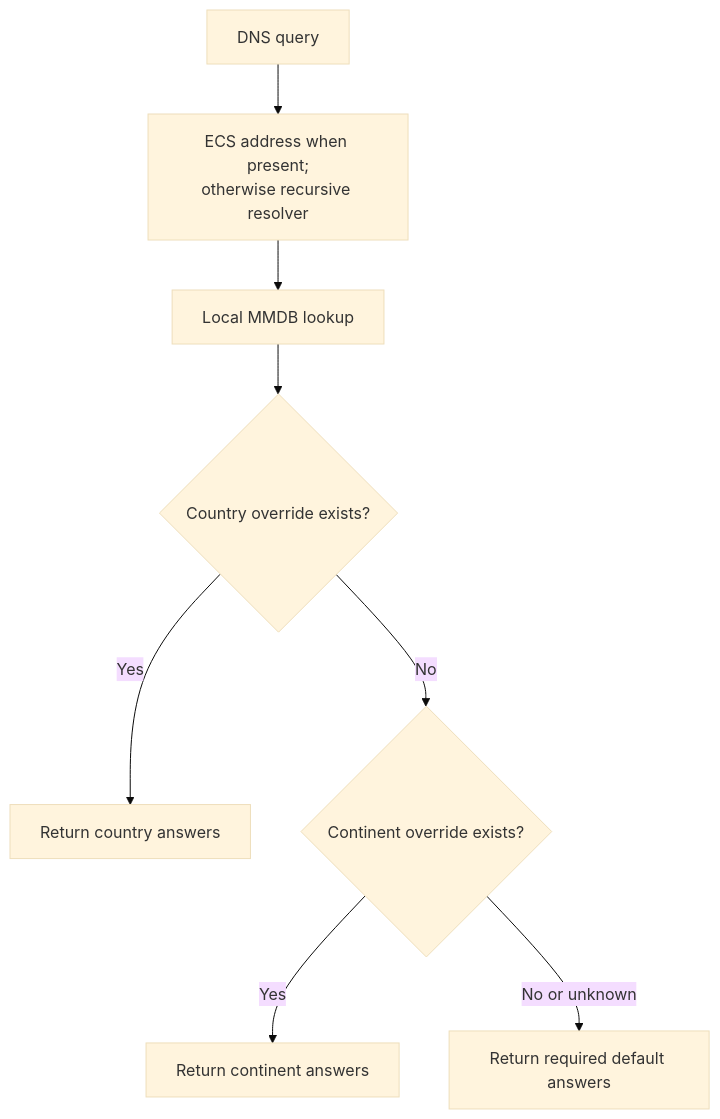
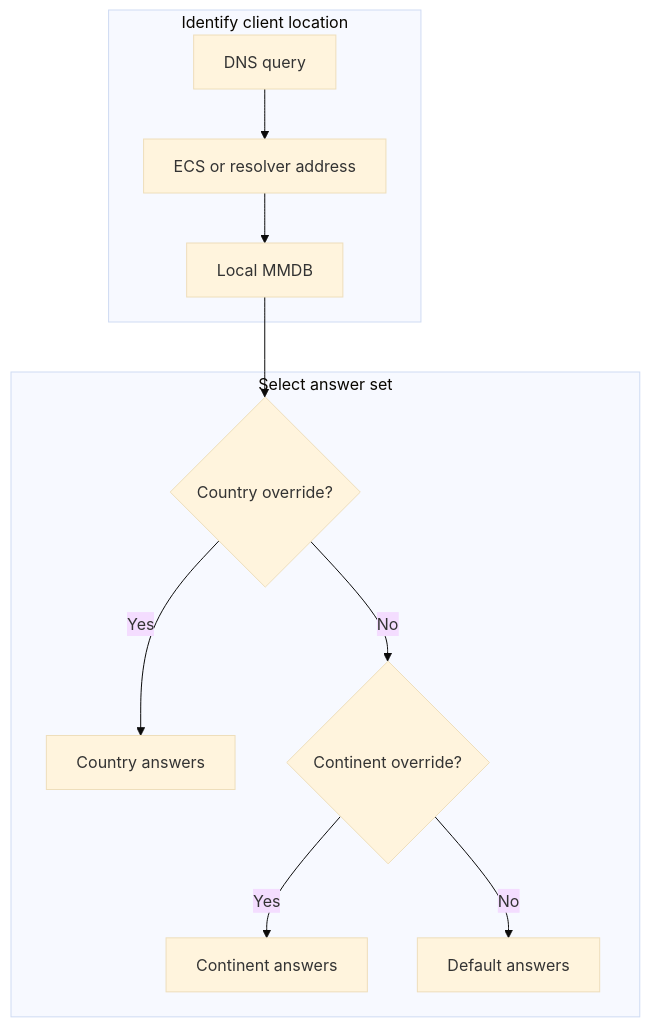
One commit to vaheed/CDNFoundry changed the diagram in docs/guides/geo-dns.md. Above: the diagram before and after it, drawn with Mermaid (base theme). The commit also changed 24 other files, not shown here.

````diff
--- a/docs/guides/geo-dns.md
+++ b/docs/guides/geo-dns.md
@@ -26,10 +26,13 @@
 ```mermaid
 flowchart TD
-    Query["DNS query"] --> Address["ECS address when present;<br>otherwise recursive resolver"]
-    Address --> Lookup["Local MMDB lookup"]
-    Lookup --> Country{"Country override exists?"}
-    Country -->|Yes| CountrySet["Return country answers"]
-    Country -->|No| Continent{"Continent override exists?"}
-    Continent -->|Yes| ContinentSet["Return continent answers"]
-    Continent -->|No or unknown| DefaultSet["Return required default answers"]
+    subgraph Identify["Identify client location"]
+      Query["DNS query"] --> Address["ECS or resolver address"] --> Lookup["Local MMDB"]
+    end
+    subgraph Select["Select answer set"]
+      Lookup --> Country{"Country override?"}
+      Country -->|Yes| CountrySet["Country answers"]
+      Country -->|No| Continent{"Continent override?"}
+      Continent -->|Yes| ContinentSet["Continent answers"]
+      Continent -->|No| DefaultSet["Default answers"]
+    end
 ```
````
